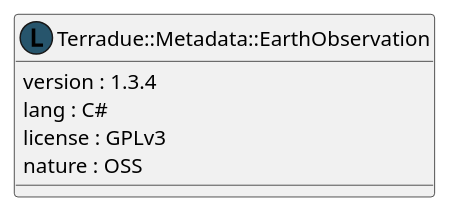
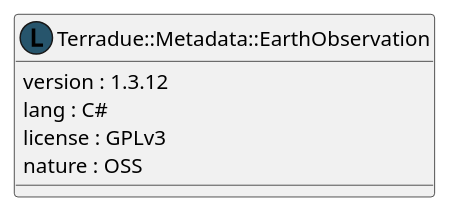
Before and after one commit to urban-tep/DDF-SDD: the diagram in source/namespaces/namespace_terradue_1_1_metadata_1_1_earth_observation.iuml, drawn with PlantUML. The commit also changed 34 other files, not shown here.

```diff
--- a/source/namespaces/namespace_terradue_1_1_metadata_1_1_earth_observation.iuml
+++ b/source/namespaces/namespace_terradue_1_1_metadata_1_1_earth_observation.iuml
@@ -1,8 +1,8 @@
 @startuml
   class "Terradue::Metadata::EarthObservation" as namespace_terradue_1_1_metadata_1_1_earth_observation << (L, #27556C) >> [[../namespaces/namespace_terradue_1_1_metadata_1_1_earth_observation.html]] {
-     version : 1.3.4 
+     version : 1.3.12 
      lang : C#
      license : GPLv3
      nature : OSS
   }
 @enduml
```
